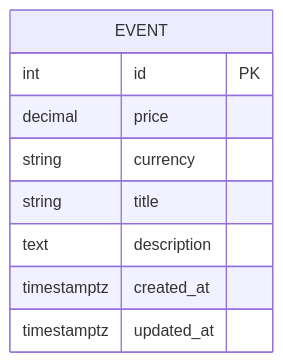
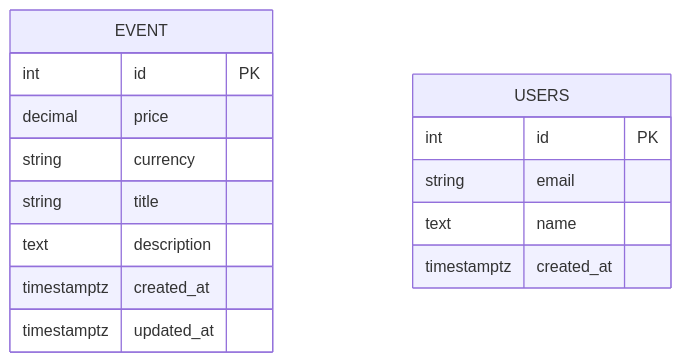
Before and after one commit to ftshn84/event-startup: the diagram in database/readme.md, drawn with Mermaid.

Commit message:
Fix formatting in README for USERS entity in database schema

````diff
--- a/database/readme.md
+++ b/database/readme.md
@@ -4,12 +4,21 @@
 ```mermaid
 erDiagram
     EVENT {
         int id PK
         decimal price
         string currency
         string title
         text description
         timestamptz created_at
         timestamptz updated_at
     }
+
+
+ USERS {
+        int id PK
+        string email
+        text name
+        timestamptz created_at
+    }
+
 ```
````
